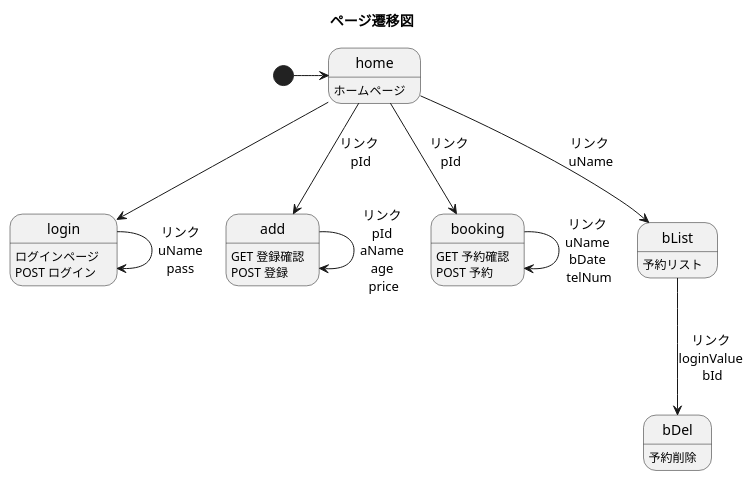
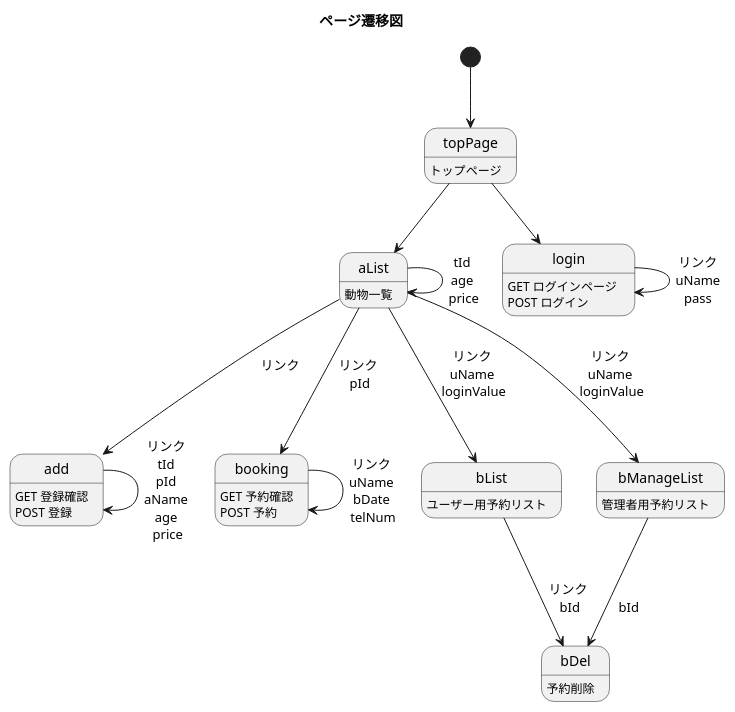
The diagram in UML/screenTransitionDiagram.pu (Tyamanaka07/WebSystem), drawn with PlantUML before and after one commit.

Commit message:
画面遷移ver1.1

```diff
--- a/UML/screenTransitionDiagram.pu
+++ b/UML/screenTransitionDiagram.pu
@@ -1,23 +1,29 @@
 @startuml
 title ページ遷移図
 
-home : ホームページ
-login : ログインページ \nPOST ログイン
+topPage : トップページ
+aList : 動物一覧
+login : GET ログインページ \nPOST ログイン
 add : GET 登録確認\nPOST 登録
 booking : GET 予約確認\nPOST 予約
 bDel : 予約削除
-bList : 予約リスト
+bList : ユーザー用予約リスト
+bManageList : 管理者用予約リスト
 
 
-[*] -> home
-home --> login
+[*] --> topPage
+topPage --> aList
+topPage --> login
 login --> login : リンク\nuName\npass
-home --> add : リンク \npId
-add --> add : リンク \npId \naName \nage \nprice
-home --> booking : リンク \npId
+aList --> add : リンク \n
+add --> add : リンク \ntId \npId \naName \nage \nprice
+aList --> booking : リンク \npId
 booking --> booking : リンク \nuName \nbDate \ntelNum
-home --> bList : リンク \nuName
-bList --> bDel : リンク \nloginValue \nbId
+aList --> bList : リンク \nuName \nloginValue
+bList --> bDel : リンク \nbId
+aList --> bManageList : リンク \nuName \nloginValue
+bManageList --> bDel : \nbId
+aList --> aList : tId \nage \nprice
 
 
 @enduml
```
